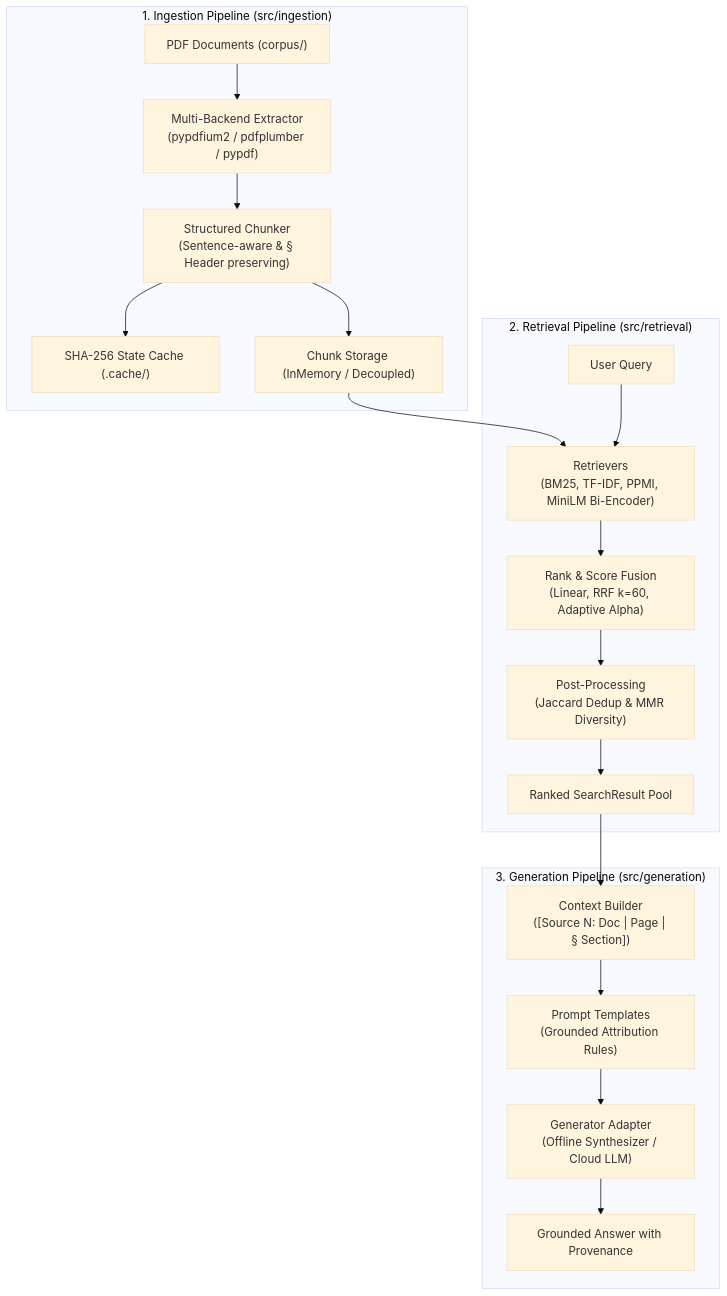
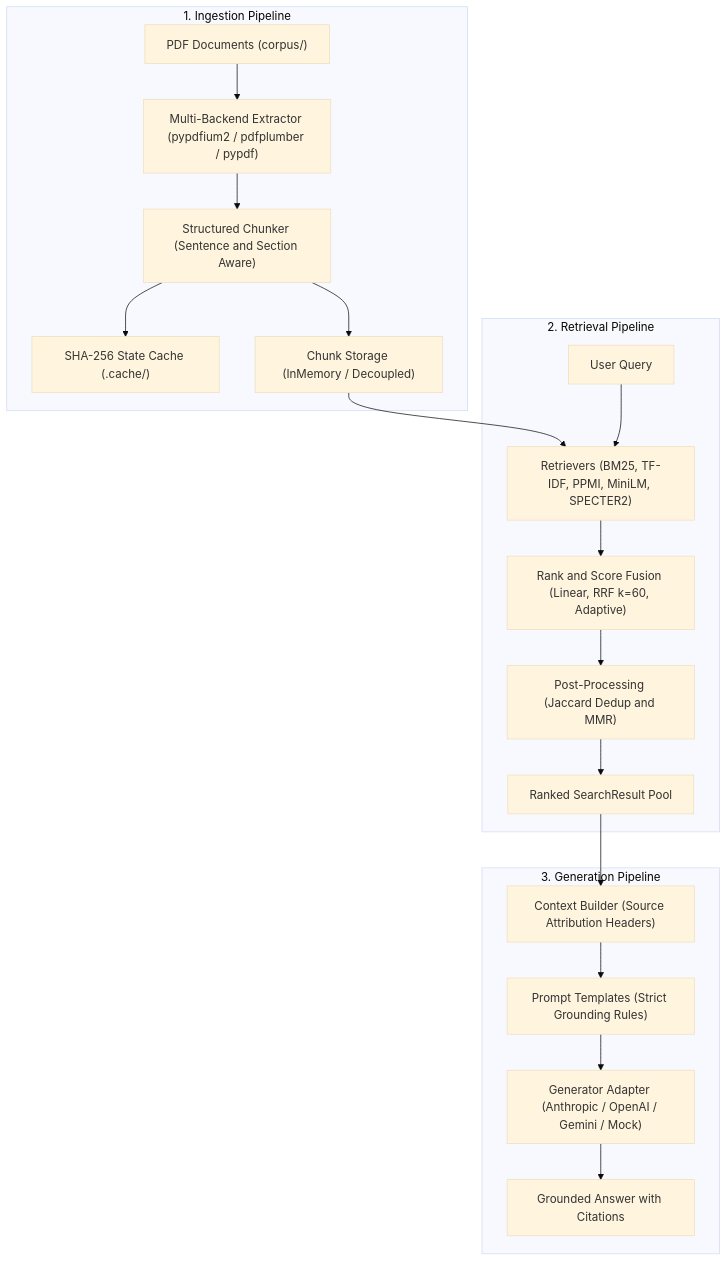
One commit to amitpuri/Document-Hybrid-Search-RAG-Architecture changed the diagram in src/README.md. Above: the diagram before and after it, drawn with Mermaid (base theme). The commit also changed other lines of this file and 13 other files, not shown here.

````diff
--- a/src/README.md
+++ b/src/README.md
@@ -24,24 +24,24 @@
 ```mermaid
 flowchart TD
-    subgraph P1["1. Ingestion Pipeline (src/ingestion)"]
-        PDFs["PDF Documents (corpus/)"] --> Extractor["Multi-Backend Extractor<br/>(pypdfium2 / pdfplumber / pypdf)"]
-        Extractor --> Chunker["Structured Chunker<br/>(Sentence-aware & § Header preserving)"]
+    subgraph P1["1. Ingestion Pipeline"]
+        PDFs["PDF Documents (corpus/)"] --> Extractor["Multi-Backend Extractor (pypdfium2 / pdfplumber / pypdf)"]
+        Extractor --> Chunker["Structured Chunker (Sentence and Section Aware)"]
         Chunker --> Cache["SHA-256 State Cache (.cache/)"]
         Chunker --> Store["Chunk Storage (InMemory / Decoupled)"]
     end
 
-    subgraph P2["2. Retrieval Pipeline (src/retrieval)"]
-        Store --> Retrievers["Retrievers<br/>(BM25, TF-IDF, PPMI, MiniLM Bi-Encoder)"]
+    subgraph P2["2. Retrieval Pipeline"]
+        Store --> Retrievers["Retrievers (BM25, TF-IDF, PPMI, MiniLM, SPECTER2)"]
         Query["User Query"] --> Retrievers
-        Retrievers --> Fusion["Rank & Score Fusion<br/>(Linear, RRF k=60, Adaptive Alpha)"]
-        Fusion --> PostProc["Post-Processing<br/>(Jaccard Dedup & MMR Diversity)"]
+        Retrievers --> Fusion["Rank and Score Fusion (Linear, RRF k=60, Adaptive)"]
+        Fusion --> PostProc["Post-Processing (Jaccard Dedup and MMR)"]
         PostProc --> TopChunks["Ranked SearchResult Pool"]
     end
 
-    subgraph P3["3. Generation Pipeline (src/generation)"]
-        TopChunks --> CtxBuilder["Context Builder<br/>([Source N: Doc | Page | § Section])"]
-        CtxBuilder --> Prompt["Prompt Templates<br/>(Grounded Attribution Rules)"]
-        Prompt --> Gen["Generator Adapter<br/>(Offline Synthesizer / Cloud LLM)"]
-        Gen --> Output["Grounded Answer with Provenance"]
+    subgraph P3["3. Generation Pipeline"]
+        TopChunks --> CtxBuilder["Context Builder (Source Attribution Headers)"]
+        CtxBuilder --> Prompt["Prompt Templates (Strict Grounding Rules)"]
+        Prompt --> Gen["Generator Adapter (Anthropic / OpenAI / Gemini / Mock)"]
+        Gen --> Output["Grounded Answer with Citations"]
     end
 ```
````
